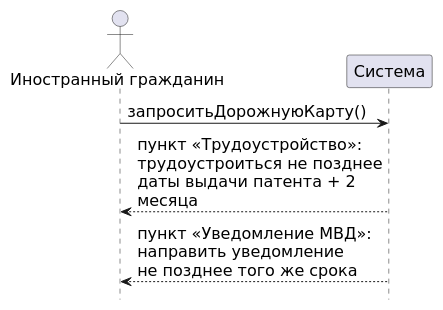
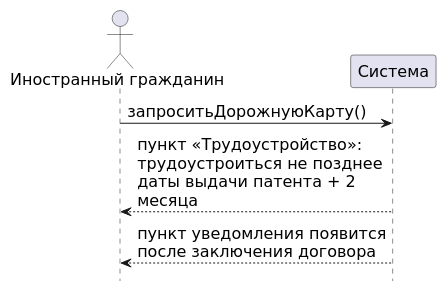
Before and after one commit to mflkee/study: the diagram in tsu/5sem/Функциональное моделирование систем/документы/src/03-p2-osnovnoy.puml, drawn with PlantUML. The commit also changed 9 other files, not shown here.

Commit message:
лаб. 1/3: основной сценарий без договора, альтернатива 2.2 «договор в срок», диаграмм пять

```diff
--- a/tsu/5sem/Функциональное моделирование систем/документы/src/03-p2-osnovnoy.puml
+++ b/tsu/5sem/Функциональное моделирование систем/документы/src/03-p2-osnovnoy.puml
@@ -1,13 +1,13 @@
 @startuml
 skinparam shadowing false
 skinparam defaultFontName "DejaVu Sans"
 skinparam defaultFontSize 16
 skinparam sequenceMessageAlign left
 skinparam maxMessageSize 260
 hide footbox
 actor "Иностранный гражданин" as IG
 participant "Система" as SYS
 IG -> SYS : запроситьДорожнуюКарту()
 SYS --> IG : пункт «Трудоустройство»:\nтрудоустроиться не позднее\nдаты выдачи патента + 2 месяца
-SYS --> IG : пункт «Уведомление МВД»:\nнаправить уведомление\nне позднее того же срока
+SYS --> IG : пункт уведомления появится\nпосле заключения договора
 @enduml
```
